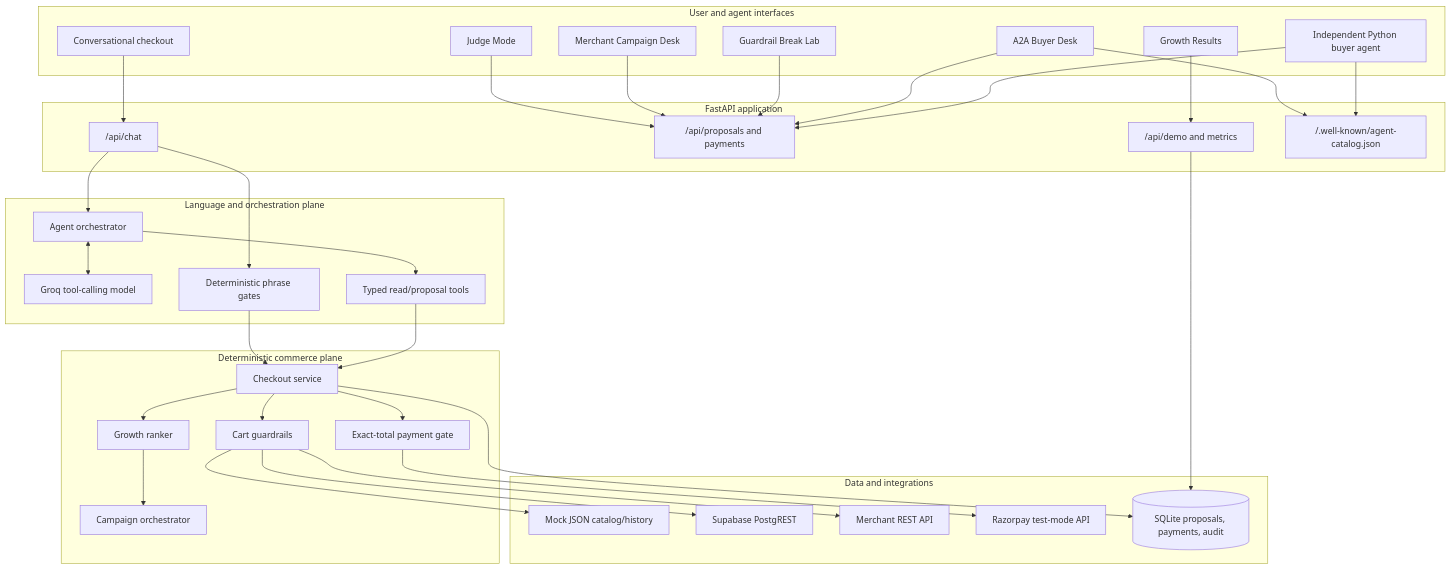
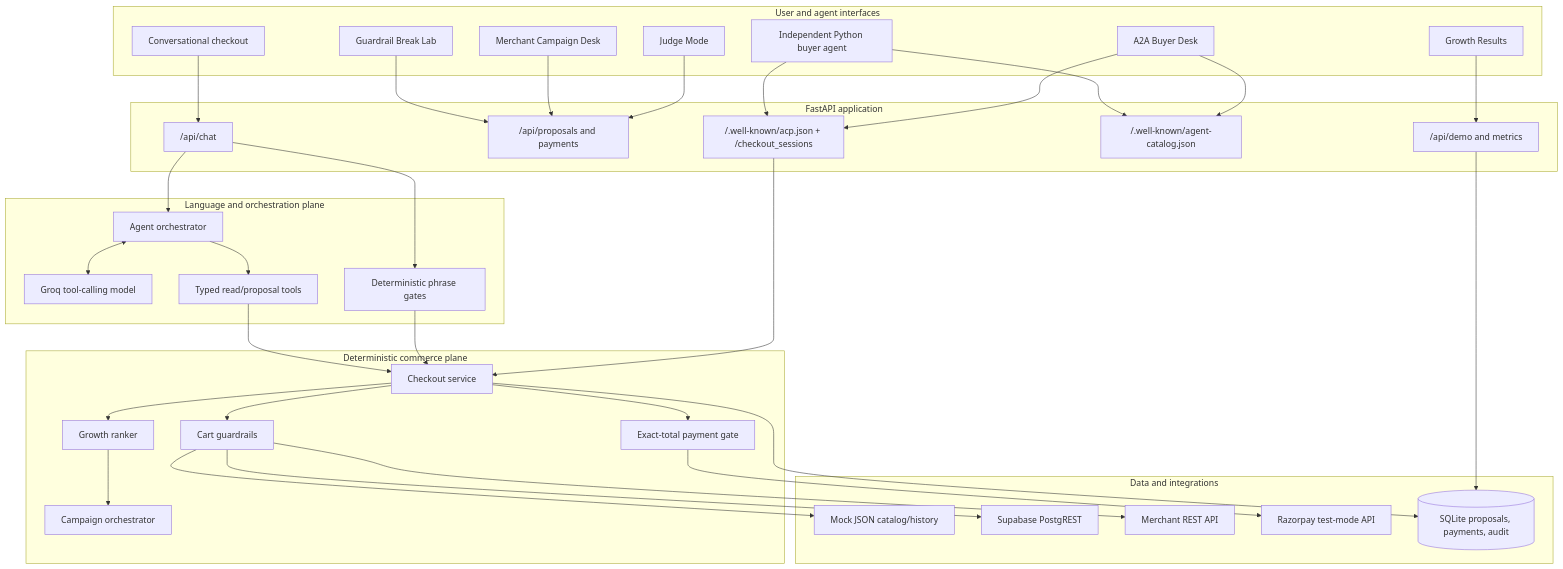
The first of 10 diagrams in README.md (Vyoum/Track-01-AI-Growth-Agentic-Commerce-Merchant), drawn with Mermaid before and after one commit. The commit also changed other lines of this file and 26 other files, not shown here.

````diff
--- a/README.md
+++ b/README.md
@@ -145,71 +146,73 @@
 ```mermaid
 flowchart TB
     subgraph Interfaces[User and agent interfaces]
         Chat[Conversational checkout]
         Judge[Judge Mode]
         GrowthUI[Growth Results]
         MerchantUI[Merchant Campaign Desk]
         GuardrailUI[Guardrail Break Lab]
         A2AUI[A2A Buyer Desk]
         Buyer[Independent Python buyer agent]
     end
 
     subgraph API[FastAPI application]
         AgentAPI["/api/chat"]
         CheckoutAPI["/api/proposals and payments"]
         DemoAPI["/api/demo and metrics"]
         Manifest["/.well-known/agent-catalog.json"]
+        Acp["/.well-known/acp.json + /checkout_sessions"]
     end
 
     subgraph AgentPlane[Language and orchestration plane]
         Orchestrator[Agent orchestrator]
         Groq[Groq tool-calling model]
         ToolRunner[Typed read/proposal tools]
         PhraseGates[Deterministic phrase gates]
     end
 
     subgraph CommercePlane[Deterministic commerce plane]
         Checkout[Checkout service]
         Cart[Cart guardrails]
         Growth[Growth ranker]
         Campaign[Campaign orchestrator]
         PaymentGate[Exact-total payment gate]
     end
 
     subgraph Data[Data and integrations]
         Mock[Mock JSON catalog/history]
         Supabase[Supabase PostgREST]
         Rest[Merchant REST API]
         Razorpay[Razorpay test-mode API]
         SQLite[(SQLite proposals, payments, audit)]
     end
 
     Chat --> AgentAPI
     Judge --> CheckoutAPI
     GrowthUI --> DemoAPI
     MerchantUI --> CheckoutAPI
     GuardrailUI --> CheckoutAPI
     A2AUI --> Manifest
-    A2AUI --> CheckoutAPI
+    A2AUI --> Acp
     Buyer --> Manifest
-    Buyer --> CheckoutAPI
+    Buyer --> Acp
+    Acp --> Checkout
 
     AgentAPI --> PhraseGates
     PhraseGates --> Checkout
     AgentAPI --> Orchestrator
     Orchestrator <--> Groq
     Orchestrator --> ToolRunner
     ToolRunner --> Checkout
 
     Checkout --> Cart
     Checkout --> Growth
     Growth --> Campaign
     Checkout --> PaymentGate
 
     Cart --> Mock
     Cart --> Supabase
     Cart --> Rest
     PaymentGate --> Razorpay
     Checkout --> SQLite
     DemoAPI --> SQLite
 ```
````
